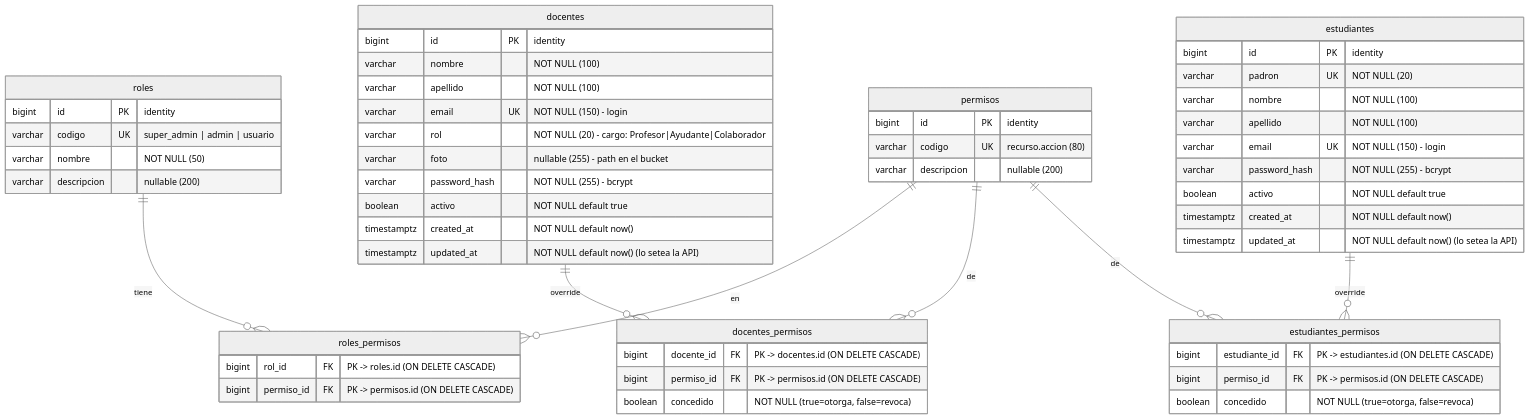
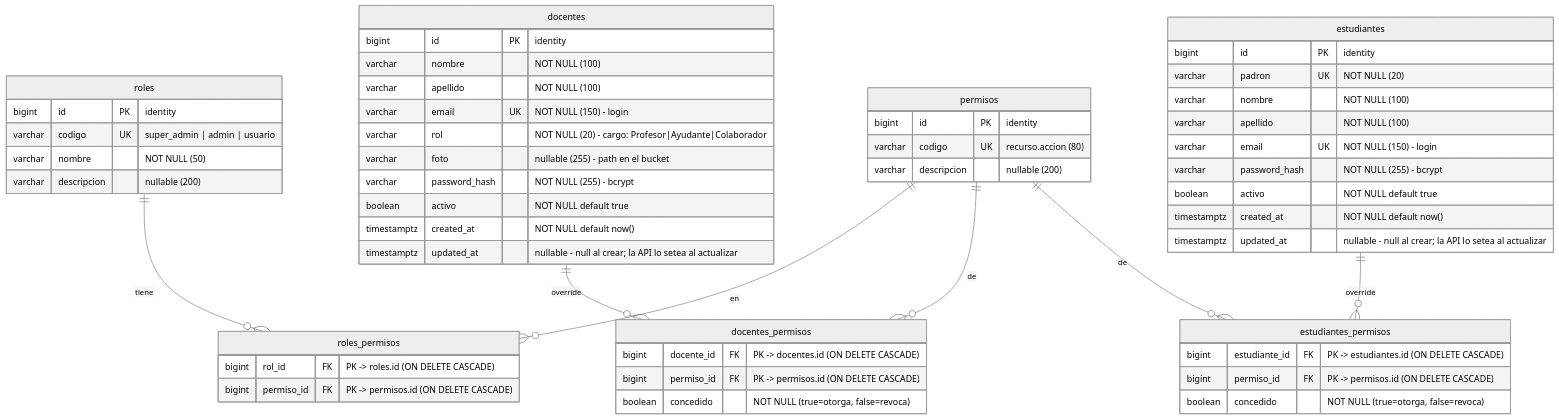
One commit to fiuba-ids-lanzillotta/gradebook-api changed the diagram in db/schema.md. Above: the diagram before and after it, drawn with Mermaid (neutral theme). The commit also changed other lines of this file and 10 other files, not shown here.

````diff
--- a/db/schema.md
+++ b/db/schema.md
@@ -5,64 +5,64 @@
 ```mermaid
 erDiagram
     roles {
         bigint   id          PK "identity"
         varchar  codigo      UK "super_admin | admin | usuario"
         varchar  nombre         "NOT NULL (50)"
         varchar  descripcion    "nullable (200)"
     }
 
     permisos {
         bigint   id          PK "identity"
         varchar  codigo      UK "recurso.accion (80)"
         varchar  descripcion    "nullable (200)"
     }
 
     roles_permisos {
         bigint   rol_id      FK "PK -> roles.id (ON DELETE CASCADE)"
         bigint   permiso_id  FK "PK -> permisos.id (ON DELETE CASCADE)"
     }
 
     docentes {
         bigint      id            PK "identity"
         varchar     nombre           "NOT NULL (100)"
         varchar     apellido         "NOT NULL (100)"
         varchar     email         UK "NOT NULL (150) - login"
         varchar     rol              "NOT NULL (20) - cargo: Profesor|Ayudante|Colaborador"
         varchar     foto             "nullable (255) - path en el bucket"
         varchar     password_hash    "NOT NULL (255) - bcrypt"
         boolean     activo           "NOT NULL default true"
         timestamptz created_at       "NOT NULL default now()"
-        timestamptz updated_at       "NOT NULL default now() (lo setea la API)"
+        timestamptz updated_at       "nullable - null al crear; la API lo setea al actualizar"
     }
 
     estudiantes {
         bigint      id            PK "identity"
         varchar     padron        UK "NOT NULL (20)"
         varchar     nombre           "NOT NULL (100)"
         varchar     apellido         "NOT NULL (100)"
         varchar     email         UK "NOT NULL (150) - login"
         varchar     password_hash    "NOT NULL (255) - bcrypt"
         boolean     activo           "NOT NULL default true"
         timestamptz created_at       "NOT NULL default now()"
-        timestamptz updated_at       "NOT NULL default now() (lo setea la API)"
+        timestamptz updated_at       "nullable - null al crear; la API lo setea al actualizar"
     }
 
     docentes_permisos {
         bigint   docente_id    FK "PK -> docentes.id (ON DELETE CASCADE)"
         bigint   permiso_id    FK "PK -> permisos.id (ON DELETE CASCADE)"
         boolean  concedido        "NOT NULL (true=otorga, false=revoca)"
     }
 
     estudiantes_permisos {
         bigint   estudiante_id FK "PK -> estudiantes.id (ON DELETE CASCADE)"
         bigint   permiso_id    FK "PK -> permisos.id (ON DELETE CASCADE)"
         boolean  concedido        "NOT NULL (true=otorga, false=revoca)"
     }
 
     roles       ||--o{ roles_permisos       : "tiene"
     permisos    ||--o{ roles_permisos       : "en"
     docentes    ||--o{ docentes_permisos    : "override"
     permisos    ||--o{ docentes_permisos    : "de"
     estudiantes ||--o{ estudiantes_permisos : "override"
     permisos    ||--o{ estudiantes_permisos : "de"
 ```
````
